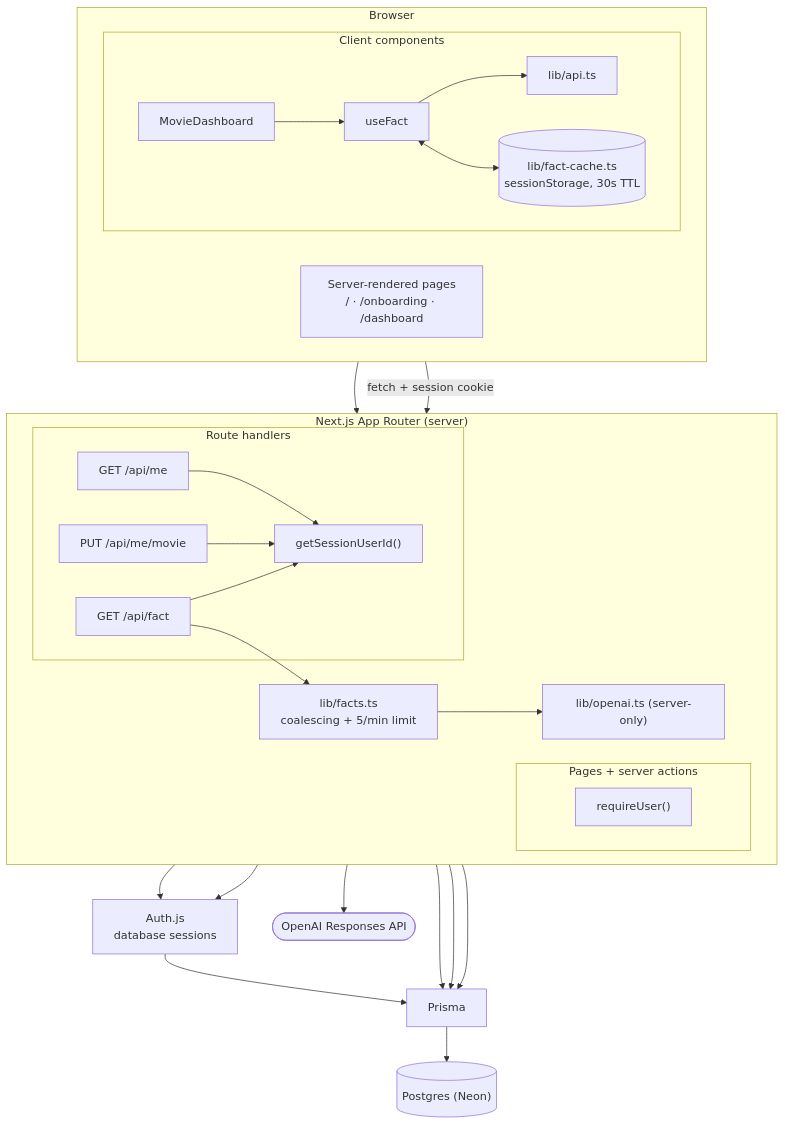
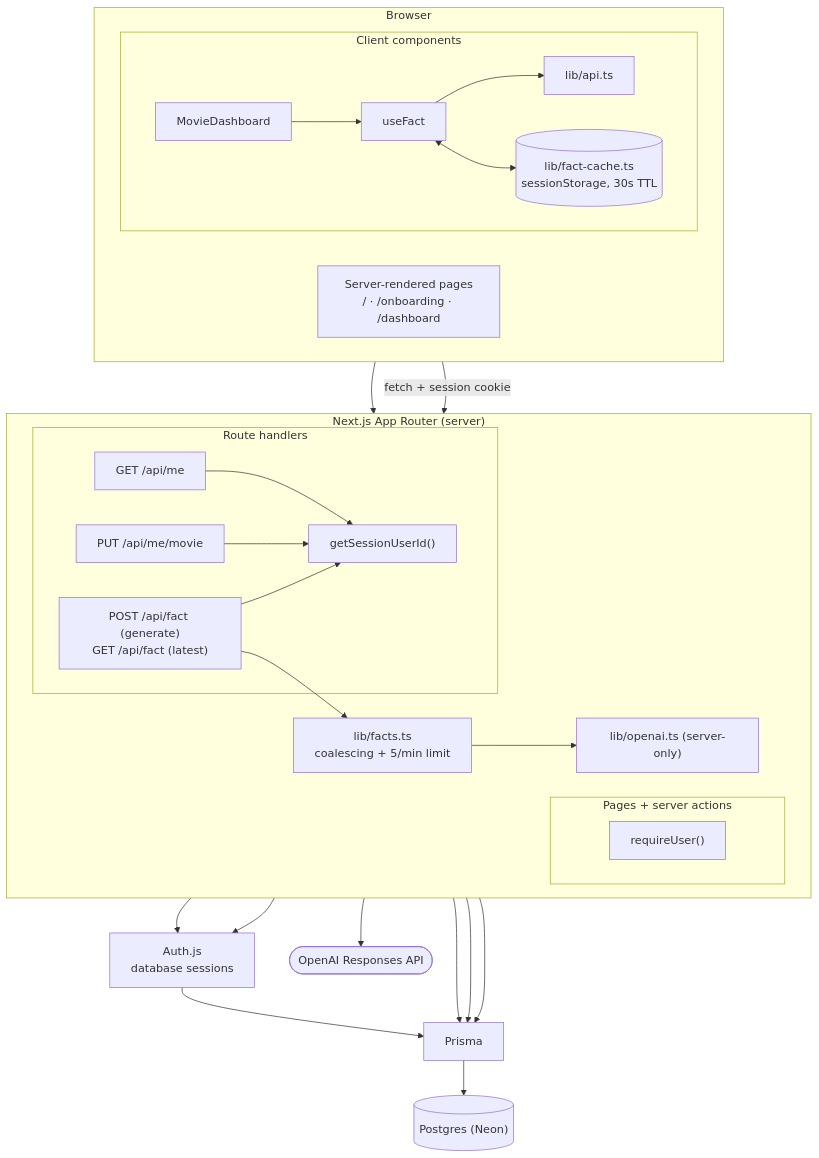
The diagram in docs/architecture.mmd (PrincessBlossom/movie-memory), drawn with Mermaid before and after one commit. The commit also changed 21 other files, not shown here.

Commit message:
tests and splitting get and post

```diff
--- a/docs/architecture.mmd
+++ b/docs/architecture.mmd
@@ -1,42 +1,42 @@
 flowchart TB
   subgraph Browser
     direction LR
     Pages["Server-rendered pages<br/>/ · /onboarding · /dashboard"]
     subgraph Client["Client components"]
       direction LR
       Dashboard[MovieDashboard] --> UseFact[useFact] --> ApiClient[lib/api.ts]
       UseFact <--> Cache[("lib/fact-cache.ts<br/>sessionStorage, 30s TTL")]
     end
   end
 
   subgraph Next["Next.js App Router (server)"]
     direction LR
     subgraph Server["Pages + server actions"]
       RequireUser["requireUser()"]
     end
     subgraph Routes["Route handlers"]
       Me["GET /api/me"]
       Movie["PUT /api/me/movie"]
-      FactRoute["GET /api/fact"]
+      FactRoute["POST /api/fact (generate)<br/>GET /api/fact (latest)"]
       SessionId["getSessionUserId()"]
     end
     Facts["lib/facts.ts<br/>coalescing + 5/min limit"]
     OpenAILib["lib/openai.ts (server-only)"]
   end
 
   AuthJs["Auth.js<br/>database sessions"]
   Prisma[Prisma]
   DB[("Postgres (Neon)")]
   OpenAI(["OpenAI Responses API"])
 
   Pages --> RequireUser
   ApiClient -- "fetch + session cookie" --> Routes
   Me & Movie & FactRoute --> SessionId
   RequireUser --> AuthJs
   SessionId --> AuthJs
   AuthJs --> Prisma
   Me & Movie --> Prisma
   FactRoute --> Facts
   Facts --> Prisma
   Facts --> OpenAILib --> OpenAI
   Prisma --> DB
```
